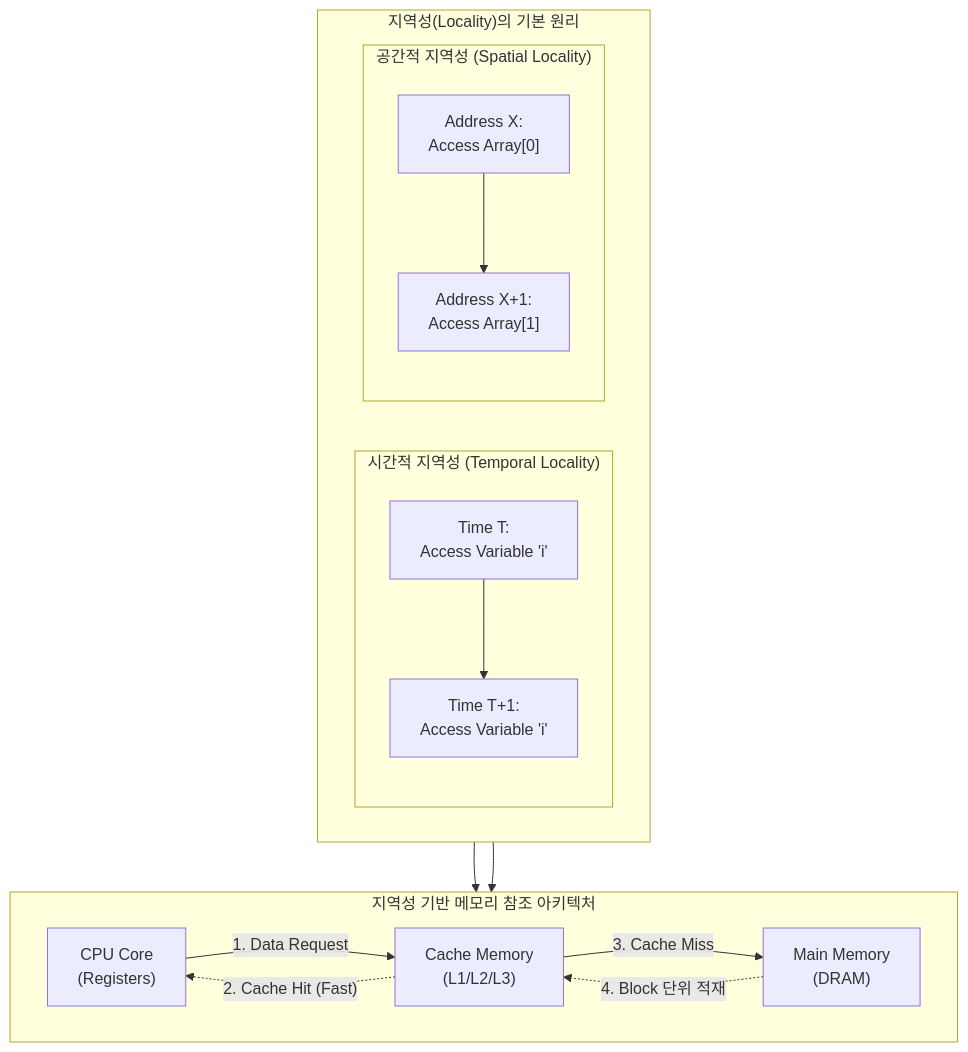
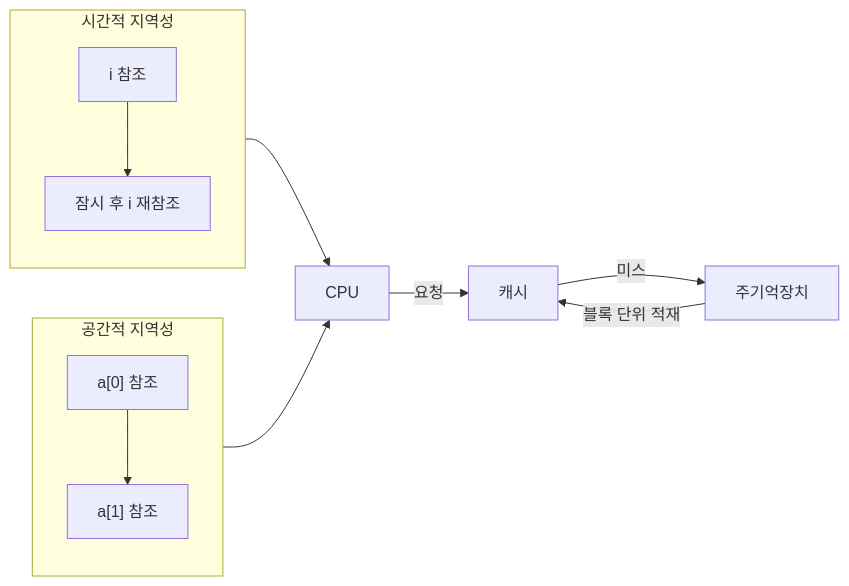
The diagram in content/01_IT Tech/지역성.md (supremethumb/supremethumb.github.io), drawn with Mermaid before and after one commit. The commit also changed other lines of this file and 1087 other files, not shown here.

````diff
--- a/content/01_IT Tech/지역성.md
+++ b/content/01_IT Tech/지역성.md
@@ -23,32 +36,16 @@
 ```mermaid
-flowchart TB
-    subgraph "지역성(Locality)의 기본 원리"
-        direction LR
-        subgraph Temporal ["시간적 지역성 (Temporal Locality)"]
-            direction TB
-            T1["Time T:<br/>Access Variable 'i'"] --> T2["Time T+1:<br/>Access Variable 'i'"]
-        end
-        
-        subgraph Spatial ["공간적 지역성 (Spatial Locality)"]
-            direction TB
-            S1["Address X:<br/>Access Array[0]"] --> S2["Address X+1:<br/>Access Array[1]"]
-        end
+flowchart LR
+    subgraph T["시간적 지역성"]
+        direction TB
+        T1["i 참조"] --> T2["잠시 후 i 재참조"]
     end
-
-    subgraph "지역성 기반 메모리 참조 아키텍처"
-        direction LR
-        CPU["CPU Core<br/>(Registers)"]
-        Cache["Cache Memory<br/>(L1/L2/L3)"]
-        MainMem["Main Memory<br/>(DRAM)"]
-        
-        CPU -->|1. Data Request| Cache
-        Cache -. "2. Cache Hit (Fast)" .-> CPU
-        Cache -->|3. Cache Miss| MainMem
-        MainMem -. "4. Block 단위 적재" .-> Cache
+    subgraph S["공간적 지역성"]
+        direction TB
+        S1["a[0] 참조"] --> S2["a[1] 참조"]
     end
-    
-    Temporal --> CPU
-    Spatial --> CPU
-
-
+    T --> CPU["CPU"]
+    S --> CPU
+    CPU -->|"요청"| C["캐시"]
+    C -->|"미스"| M["주기억장치"]
+    M -->|"블록 단위 적재"| C
 ```
````
